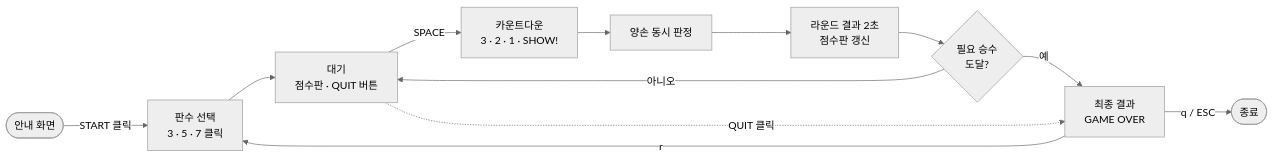
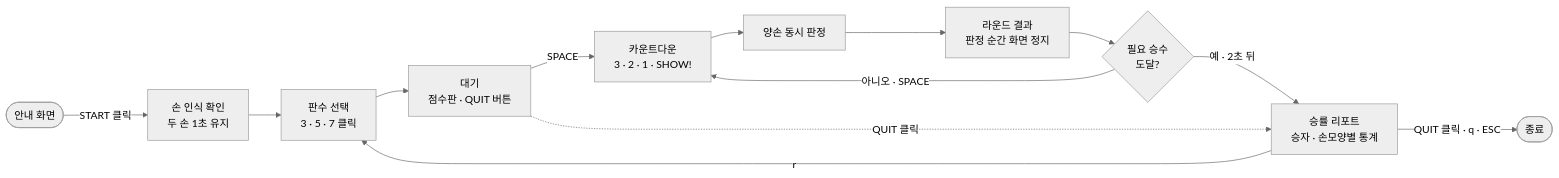
Before and after one commit to khseob2/RPS: the diagram in README.md, drawn with Mermaid (neutral theme). The commit also changed other lines of this file, not shown here.

````diff
--- a/README.md
+++ b/README.md
@@ -38,14 +38,15 @@
 ```mermaid
 flowchart LR
-    A([안내 화면]) -- START 클릭 --> B["판수 선택<br/>3 · 5 · 7 클릭"]
+    A([안내 화면]) -- START 클릭 --> K["손 인식 확인<br/>두 손 1초 유지"]
+    K --> B["판수 선택<br/>3 · 5 · 7 클릭"]
     B --> W["대기<br/>점수판 · QUIT 버튼"]
     W -- SPACE --> C["카운트다운<br/>3 · 2 · 1 · SHOW!"]
     C --> D["양손 동시 판정"]
-    D --> E["라운드 결과 2초<br/>점수판 갱신"]
+    D --> E["라운드 결과<br/>판정 순간 화면 정지"]
     E --> F{"필요 승수<br/>도달?"}
-    F -- 아니오 --> W
-    F -- 예 --> G["최종 결과<br/>GAME OVER"]
+    F -- "아니오 · SPACE" --> C
+    F -- "예 · 2초 뒤" --> G["승률 리포트<br/>승자 · 손모양별 통계"]
     W -. QUIT 클릭 .-> G
     G -- r --> B
-    G -- q / ESC --> H([종료])
+    G -- "QUIT 클릭 · q · ESC" --> H([종료])
 ```
````
